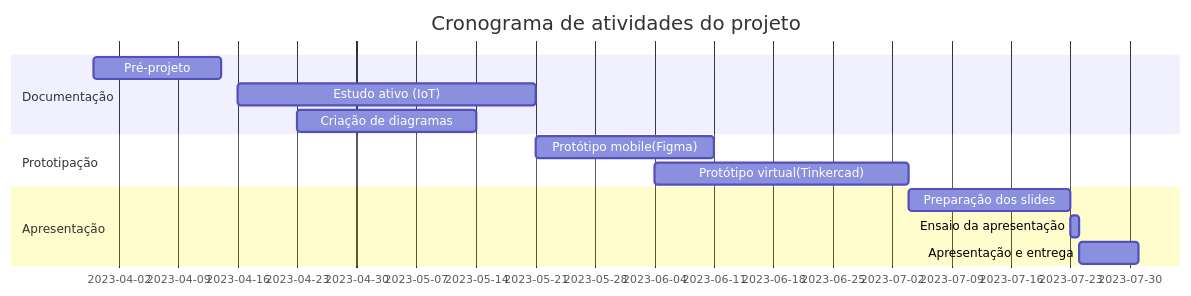
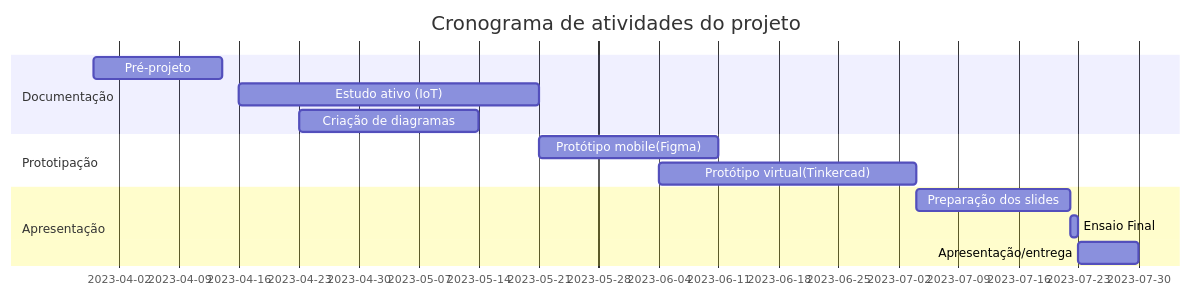
Before and after one commit to AgathaSena/Projeto-Integrador-II: the diagram in README.md, drawn with Mermaid.

````diff
--- a/README.md
+++ b/README.md
@@ -6,16 +6,16 @@
  ```mermaid
     gantt
     title Cronograma de atividades do projeto
     dateFormat  YYYY-MM-DD
     section Documentação
     Pré-projeto     :a1,  2023-03-30, 15d
     Estudo ativo (IoT)   :a2, 2023-04-16, 35d
     Criação de diagramas     :c3,  2023-04-23, 21d
     section Prototipação
     Protótipo mobile(Figma)      :c1, after a2, 21d
     Protótipo virtual(Tinkercad)      :c2,  2023-06-04, 30d
     section Apresentação
-    Preparação dos slides :p1, after c2, 19d
-    Ensaio da apresentação :p2, after p1, 01d
-    Apresentação e entrega  :p3, after p2, 07d
+    Preparação dos slides :p1, 2023-07-04, 18d
+    Ensaio Final :p2, after p1, 01d
+    Apresentação/entrega  :p3, after p2, 07d
 ``` 
````
